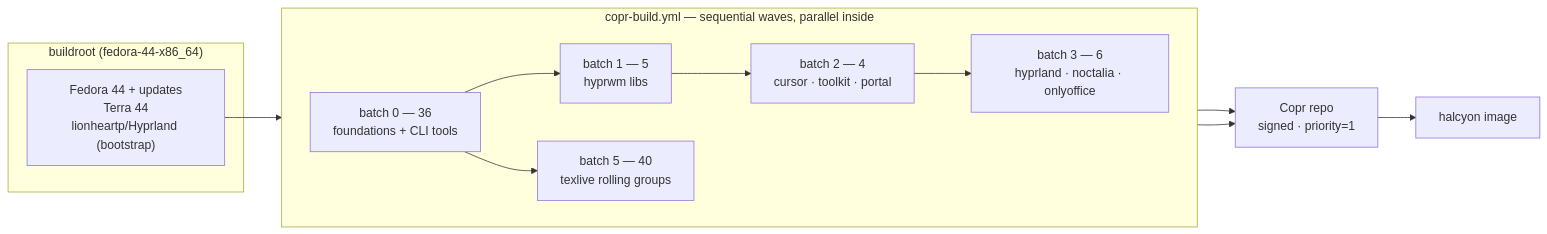
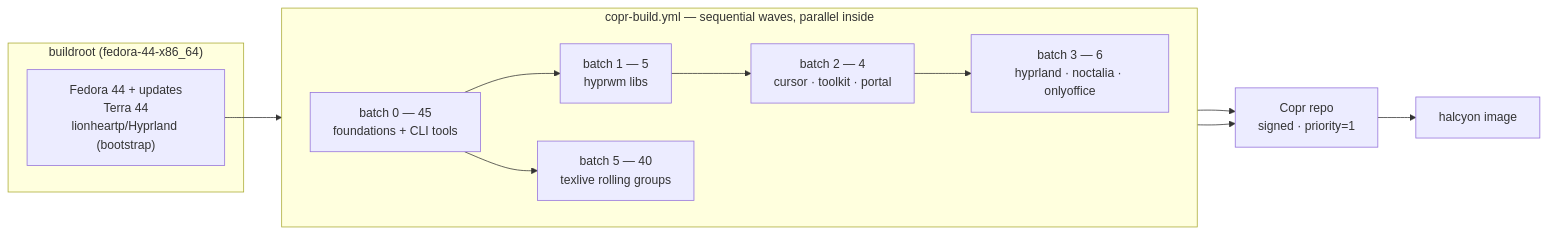
The first of 2 diagrams in README.md (aahsnr-work/halcyon-packages), drawn with Mermaid before and after one commit. The commit also changed other lines of this file and 19 other files, not shown here.

````diff
--- a/README.md
+++ b/README.md
@@ -43,20 +43,20 @@
 ```mermaid
 flowchart LR
     subgraph buildroot["buildroot (fedora-44-x86_64)"]
         EXT["Fedora 44 + updates<br/>Terra 44<br/>lionheartp/Hyprland (bootstrap)"]
     end
     subgraph waves["copr-build.yml — sequential waves, parallel inside"]
         direction LR
-        B0["batch 0 — 36<br/>foundations + CLI tools"]
+        B0["batch 0 — 45<br/>foundations + CLI tools"]
         B1["batch 1 — 5<br/>hyprwm libs"]
         B2["batch 2 — 4<br/>cursor · toolkit · portal"]
         B3["batch 3 — 6<br/>hyprland · noctalia · onlyoffice"]
         B5["batch 5 — 40<br/>texlive rolling groups"]
     end
     EXT --> B0
     B0 --> B1 --> B2 --> B3
     B0 --> B5
     B3 --> REPO["Copr repo<br/>signed · priority=1"]
     B5 --> REPO
     REPO --> IMG["halcyon image"]
 ```
````
